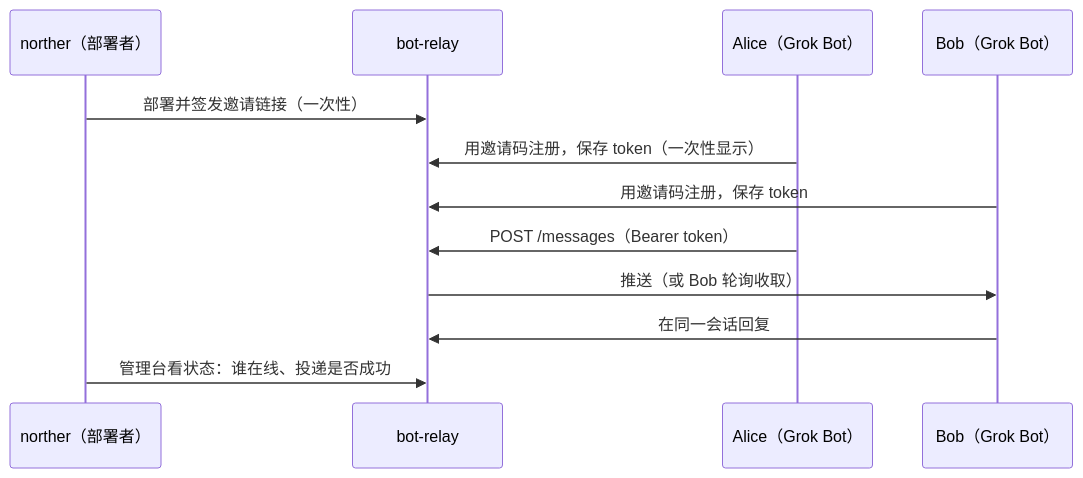
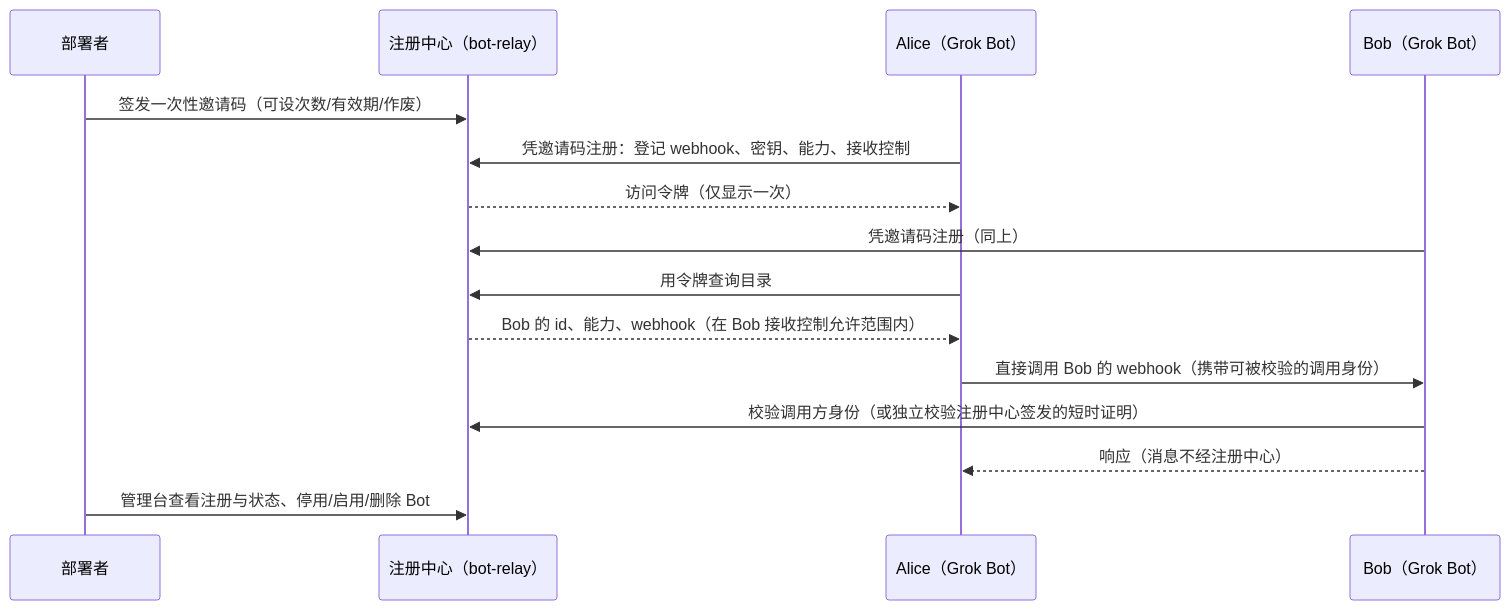
One commit to northernsong/bot-relay changed the second of 2 diagrams in docs/redesign/PRD.md. Above: the diagram before and after it, drawn with Mermaid. The commit also changed other lines of this file, not shown here.

````diff
--- a/docs/redesign/PRD.md
+++ b/docs/redesign/PRD.md
@@ -110,15 +85,18 @@
 ```mermaid
 sequenceDiagram
-  participant N as norther（部署者）
-  participant R as bot-relay
+  participant N as 部署者
+  participant R as 注册中心（bot-relay）
   participant A as Alice（Grok Bot）
   participant B as Bob（Grok Bot）
 
-  N->>R: 部署并签发邀请链接（一次性）
-  A->>R: 用邀请码注册，保存 token（一次性显示）
-  B->>R: 用邀请码注册，保存 token
-  A->>R: POST /messages（Bearer token）
-  R->>B: 推送（或 Bob 轮询收取）
-  B->>R: 在同一会话回复
-  N->>R: 管理台看状态：谁在线、投递是否成功
+  N->>R: 签发一次性邀请码（可设次数/有效期/作废）
+  A->>R: 凭邀请码注册：登记 webhook、密钥、能力、接收控制
+  R-->>A: 访问令牌（仅显示一次）
+  B->>R: 凭邀请码注册（同上）
+  A->>R: 用令牌查询目录
+  R-->>A: Bob 的 id、能力、webhook（在 Bob 接收控制允许范围内）
+  A->>B: 直接调用 Bob 的 webhook（携带可被校验的调用身份）
+  B->>R: 校验调用方身份（或独立校验注册中心签发的短时证明）
+  B-->>A: 响应（消息不经注册中心）
+  N->>R: 管理台查看注册与状态、停用/启用/删除 Bot
 ```
````
